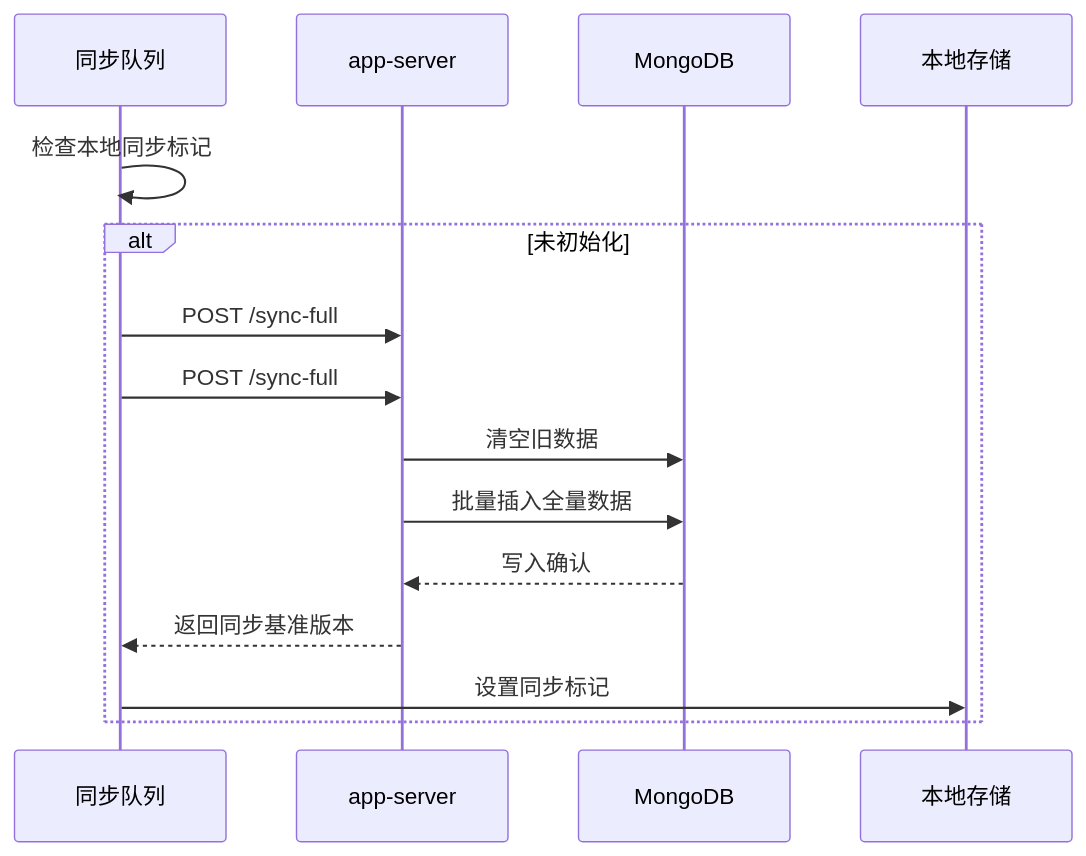
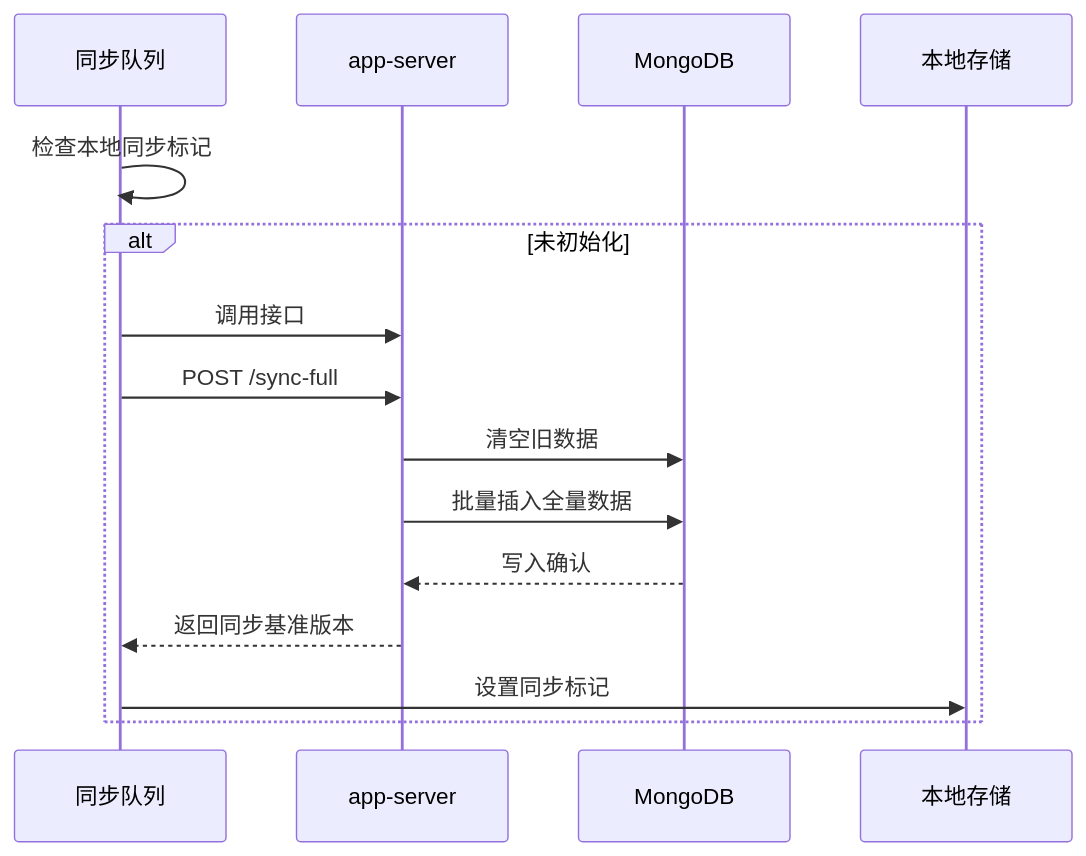
The diagram in all/未命名-24.md (yingjianzh/iodraw-files), drawn with Mermaid before and after one commit.

Commit message:
2025-02-21 18:25:41 update

````diff
--- a/all/未命名-24.md
+++ b/all/未命名-24.md
@@ -1,17 +1,17 @@
 ```mermaid
 sequenceDiagram
     participant 同步队列
     participant app-server
     participant MongoDB
 
     同步队列->>同步队列: 检查本地同步标记
     alt 未初始化
-        同步队列->>app-server: POST /sync-full
+        同步队列->>app-server: 调用接口
         同步队列->>app-server: POST /sync-full
         app-server->>MongoDB: 清空旧数据
         app-server->>MongoDB: 批量插入全量数据
         MongoDB-->>app-server: 写入确认
         app-server-->>同步队列: 返回同步基准版本
         同步队列->>本地存储: 设置同步标记
     end
 ```
````
